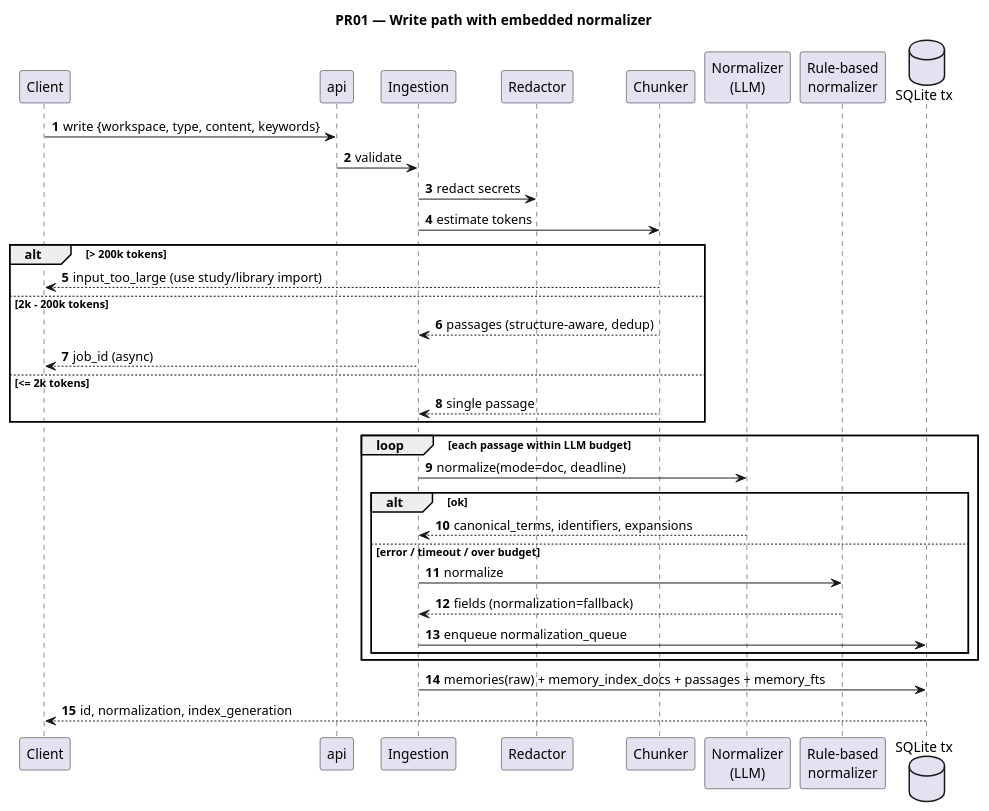
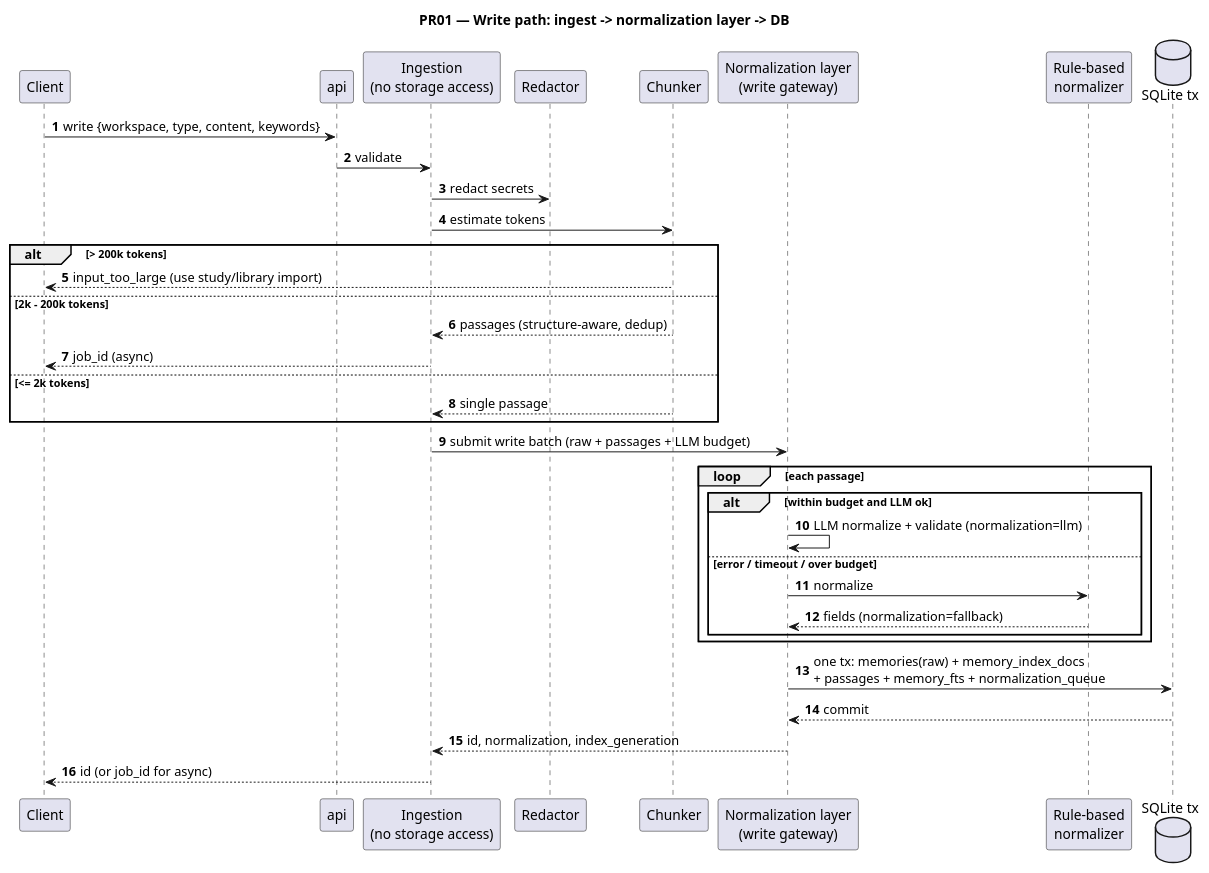
Before and after one commit to taimufuraiyaa/agent-memory: the diagram in docs/pr01/planning-artifacts/architecture/architecture-agent-memory-2026-10-20/diagrams/02-ingest-sequence.puml, drawn with PlantUML. The commit also changed 10 other files, not shown here.

First line of the commit message:
Route all PR01 writes through the normalization layer (AD-12)

```diff
--- a/docs/pr01/planning-artifacts/architecture/architecture-agent-memory-2026-10-20/diagrams/02-ingest-sequence.puml
+++ b/docs/pr01/planning-artifacts/architecture/architecture-agent-memory-2026-10-20/diagrams/02-ingest-sequence.puml
@@ -1,38 +1,39 @@
 @startuml 02-ingest-sequence
-title PR01 — Write path with embedded normalizer
+title PR01 — Write path: ingest -> normalization layer -> DB
 autonumber
 
 participant Client
 participant "api" as API
-participant "Ingestion" as ING
+participant "Ingestion\n(no storage access)" as ING
 participant "Redactor" as RED
 participant "Chunker" as CH
-participant "Normalizer\n(LLM)" as N
+participant "Normalization layer\n(write gateway)" as N
 participant "Rule-based\nnormalizer" as R
 database "SQLite tx" as DB
 
 Client -> API : write {workspace, type, content, keywords}
 API -> ING : validate
 ING -> RED : redact secrets
 ING -> CH : estimate tokens
 alt > 200k tokens
   CH --> Client : input_too_large (use study/library import)
 else 2k - 200k tokens
   CH --> ING : passages (structure-aware, dedup)
   ING --> Client : job_id (async)
 else <= 2k tokens
   CH --> ING : single passage
 end
-loop each passage within LLM budget
-  ING -> N : normalize(mode=doc, deadline)
-  alt ok
-    N --> ING : canonical_terms, identifiers, expansions
+ING -> N : submit write batch (raw + passages + LLM budget)
+loop each passage
+  alt within budget and LLM ok
+    N -> N : LLM normalize + validate (normalization=llm)
   else error / timeout / over budget
-    ING -> R : normalize
-    R --> ING : fields (normalization=fallback)
-    ING -> DB : enqueue normalization_queue
+    N -> R : normalize
+    R --> N : fields (normalization=fallback)
   end
 end
-ING -> DB : memories(raw) + memory_index_docs + passages + memory_fts
-DB --> Client : id, normalization, index_generation
+N -> DB : one tx: memories(raw) + memory_index_docs\n+ passages + memory_fts + normalization_queue
+DB --> N : commit
+N --> ING : id, normalization, index_generation
+ING --> Client : id (or job_id for async)
 @enduml
```
